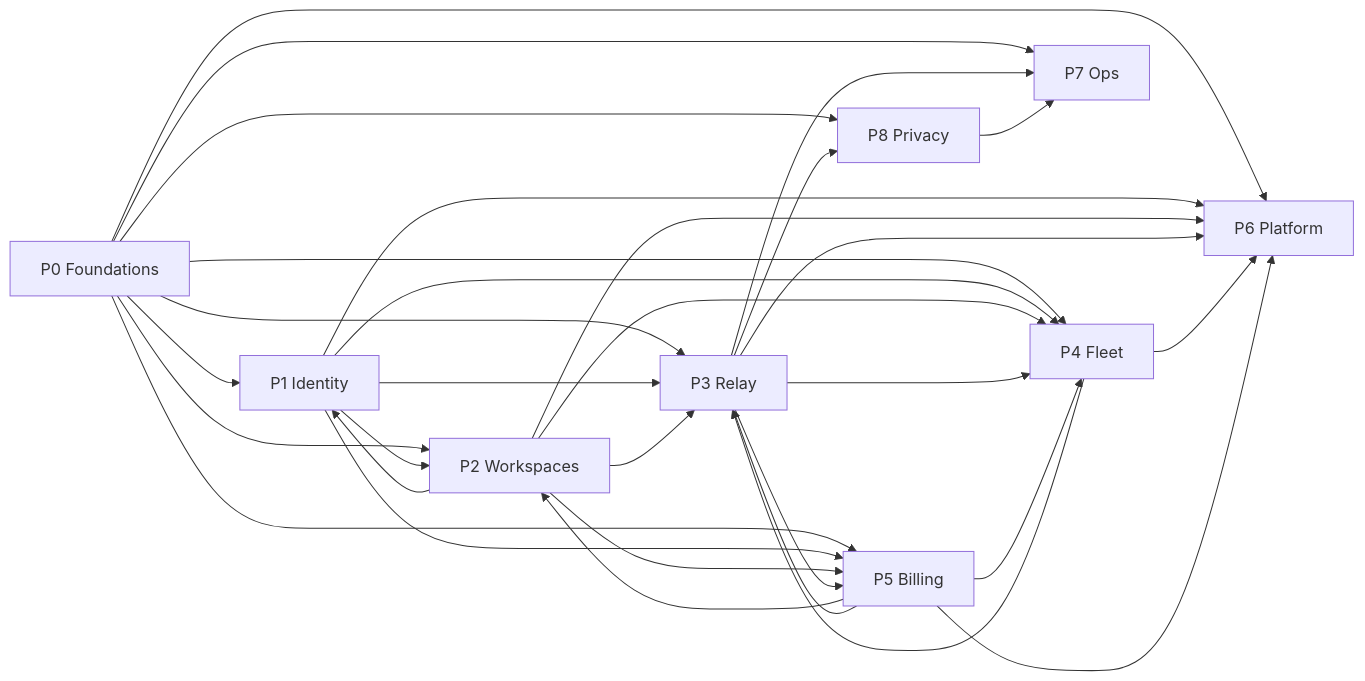
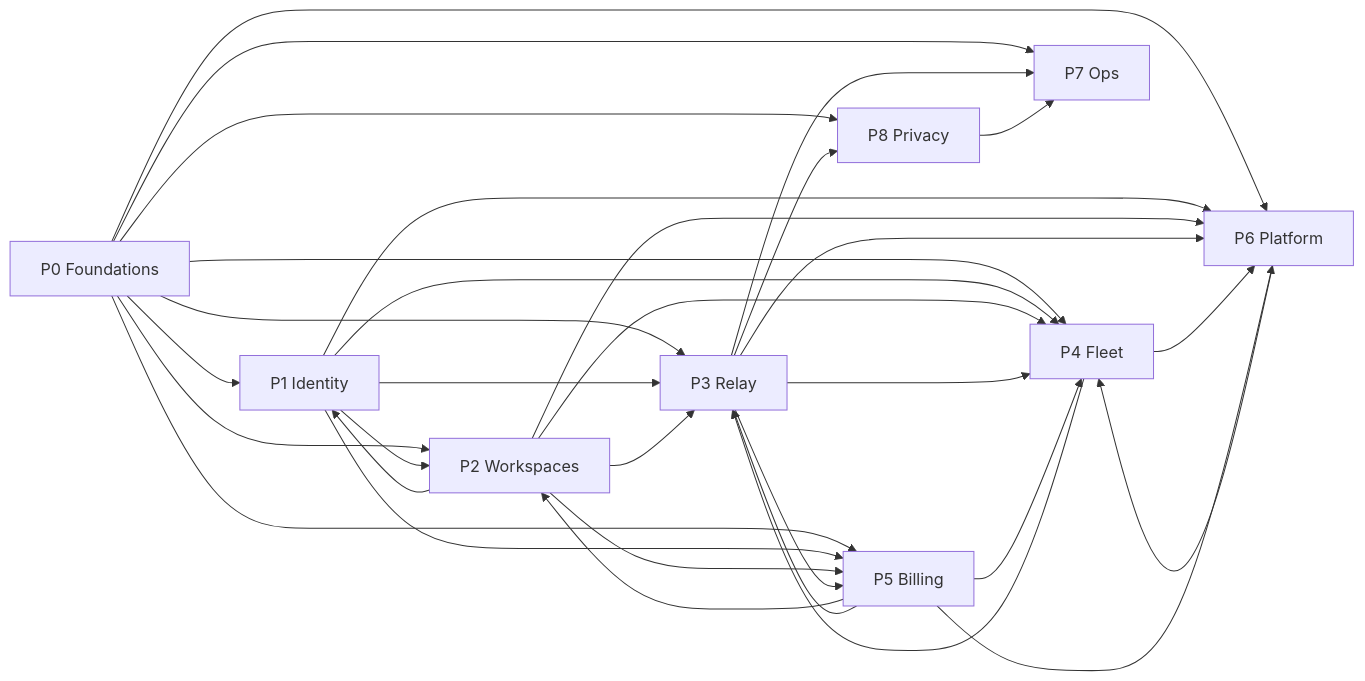
Before and after one commit to Caffeine-Driven-LLC/Centcom-backend: the first of 2 diagrams in plan/GRAPH.md, drawn with Mermaid. The commit also changed other lines of this file and 52 other files, not shown here.

````diff
--- a/plan/GRAPH.md
+++ b/plan/GRAPH.md
@@ -30,42 +31,43 @@
 ```mermaid
 flowchart LR
   P0["P0 Foundations"]
   P1["P1 Identity"]
   P2["P2 Workspaces"]
   P3["P3 Relay"]
   P4["P4 Fleet"]
   P5["P5 Billing"]
   P6["P6 Platform"]
   P7["P7 Ops"]
   P8["P8 Privacy"]
   P0 --> P1
   P0 --> P2
   P0 --> P3
   P0 --> P4
   P0 --> P5
   P0 --> P6
   P0 --> P7
   P0 --> P8
   P1 --> P2
   P1 --> P3
   P1 --> P4
   P1 --> P5
   P1 --> P6
   P2 --> P1
   P2 --> P3
   P2 --> P4
   P2 --> P5
   P2 --> P6
   P3 --> P4
   P3 --> P5
   P3 --> P6
   P3 --> P7
   P3 --> P8
   P4 --> P3
   P4 --> P6
   P5 --> P2
   P5 --> P3
   P5 --> P4
   P5 --> P6
+  P6 --> P4
   P8 --> P7
 ```
````
